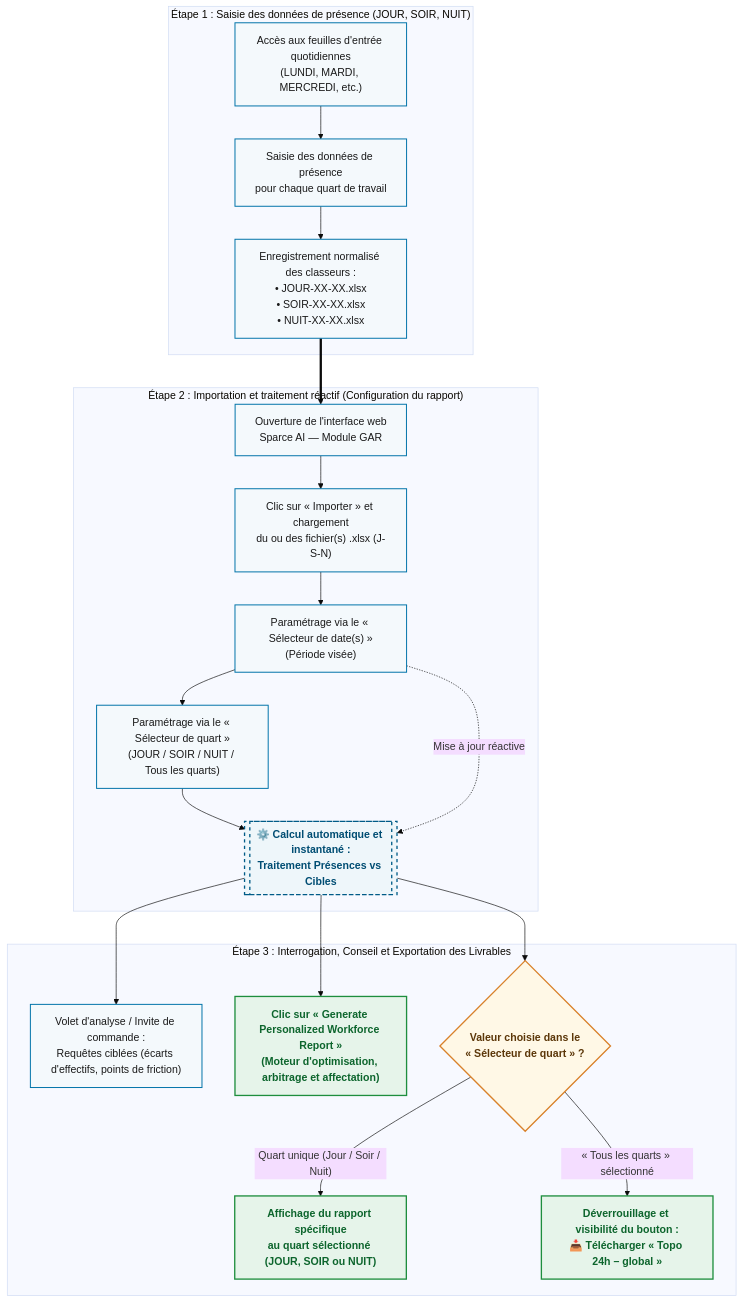
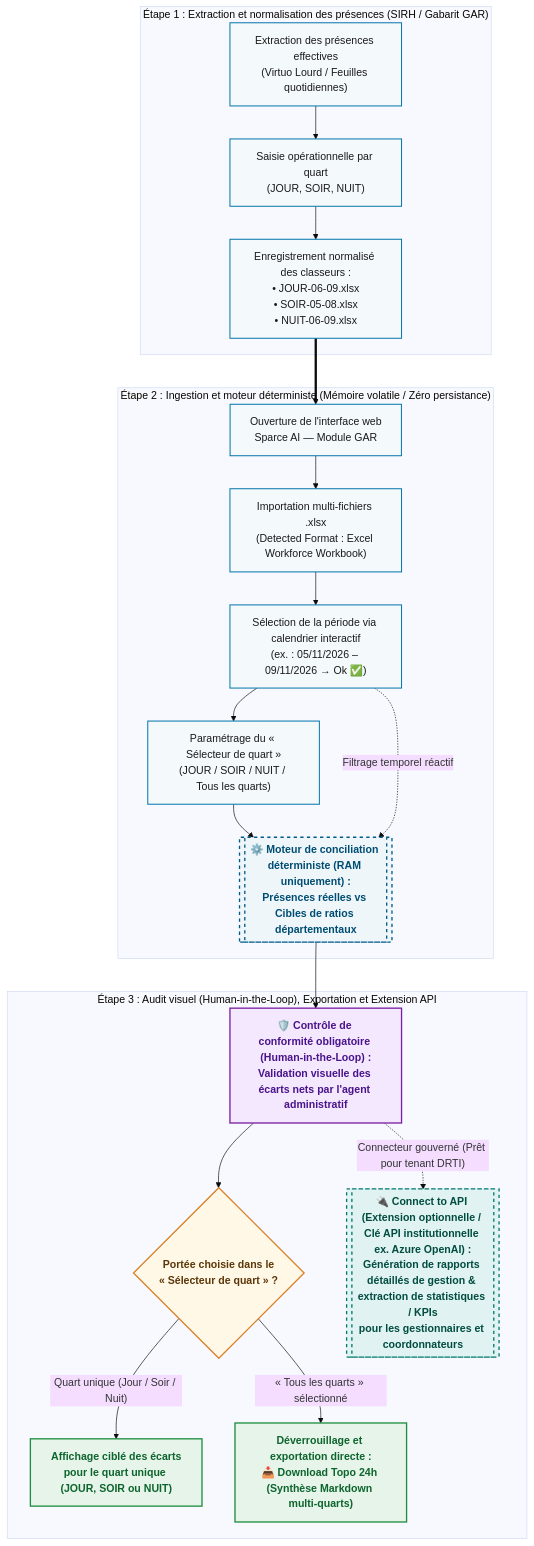
One commit to tmayrand96/Sparce changed the diagram in README.md. Above: the diagram before and after it, drawn with Mermaid (base theme).

Commit message:
Update flowcharts and steps in README

````diff
--- a/README.md
+++ b/README.md
@@ -18,43 +18,44 @@
 ```mermaid
 flowchart TD
     %% Styles exécutifs (#0073A9 charte Sparce AI)
     classDef phase fill:#0073A9,stroke:#004d73,stroke-width:2px,color:#ffffff,font-weight:bold;
     classDef step fill:#f4f9fc,stroke:#0073A9,stroke-width:1.5px,color:#1a1a1a;
     classDef engine fill:#eef6fa,stroke:#005b87,stroke-width:2px,stroke-dasharray: 5 5,color:#004d73,font-weight:bold;
     classDef condition fill:#fff8e6,stroke:#d9822b,stroke-width:2px,color:#5c3709,font-weight:bold;
+    classDef governance fill:#f3e8fd,stroke:#7b1fa2,stroke-width:2px,color:#4a148c,font-weight:bold;
     classDef output fill:#e6f4ea,stroke:#1e8e3e,stroke-width:2px,color:#0d652d,font-weight:bold;
+    classDef api fill:#e0f2f1,stroke:#00796b,stroke-width:2px,stroke-dasharray: 5 5,color:#004d40,font-weight:bold;
 
-    subgraph P1 ["Étape 1 : Saisie des données de présence (JOUR, SOIR, NUIT)"]
-        A["Accès aux feuilles d'entrée quotidiennes<br/>(LUNDI, MARDI, MERCREDI, etc.)"]:::step
-        B["Saisie des données de présence<br/>pour chaque quart de travail"]:::step
-        C["Enregistrement normalisé des classeurs :<br/>• JOUR-XX-XX.xlsx<br/>• SOIR-XX-XX.xlsx<br/>• NUIT-XX-XX.xlsx"]:::step
+    subgraph P1 ["Étape 1 : Extraction et normalisation des présences (SIRH / Gabarit GAR)"]
+        A["Extraction des présences effectives<br/>(Virtuo Lourd / Feuilles quotidiennes)"]:::step
+        B["Saisie opérationnelle par quart<br/>(JOUR, SOIR, NUIT)"]:::step
+        C["Enregistrement normalisé des classeurs :<br/>• JOUR-06-09.xlsx<br/>• SOIR-05-08.xlsx<br/>• NUIT-06-09.xlsx"]:::step
         A --> B --> C
     end
 
-    subgraph P2 ["Étape 2 : Importation et traitement réactif (Configuration du rapport)"]
+    subgraph P2 ["Étape 2 : Ingestion et moteur déterministe (Mémoire volatile / Zéro persistance)"]
         D["Ouverture de l'interface web<br/>Sparce AI — Module GAR"]:::step
-        E["Clic sur « Importer » et chargement<br/>du ou des fichier(s) .xlsx (J-S-N)"]:::step
-        F["Paramétrage via le « Sélecteur de date(s) »<br/>(Période visée)"]:::step
-        G["Paramétrage via le « Sélecteur de quart »<br/>(JOUR / SOIR / NUIT / Tous les quarts)"]:::step
-        H[["⚙️ Calcul automatique et instantané :<br/>Traitement Présences vs Cibles"]]:::engine
+        E["Importation multi-fichiers .xlsx<br/>(Detected Format : Excel Workforce Workbook)"]:::step
+        F["Sélection de la période via calendrier interactif<br/>(ex. : 05/11/2026 – 09/11/2026 → Ok ✅)"]:::step
+        G["Paramétrage du « Sélecteur de quart »<br/>(JOUR / SOIR / NUIT / Tous les quarts)"]:::step
+        H[["⚙️ Moteur de conciliation déterministe (RAM uniquement) :<br/>Présences réelles vs Cibles de ratios départementaux"]]:::engine
         
         D --> E --> F --> G --> H
-        F -.->|Mise à jour réactive| H
+        F -.->|Filtrage temporel réactif| H
     end
 
-    subgraph P3 ["Étape 3 : Interrogation, Conseil et Exportation des Livrables"]
-        I["Volet d'analyse / Invite de commande :<br/>Requêtes ciblées (écarts d'effectifs, points de friction)"]:::step
-        J["Clic sur « Generate Personalized Workforce Report »<br/>(Moteur d'optimisation, arbitrage et affectation)"]:::output
-        K{"Valeur choisie dans le<br/>« Sélecteur de quart » ?"}:::condition
-        L["Affichage du rapport spécifique<br/>au quart sélectionné (JOUR, SOIR ou NUIT)"]:::output
-        M["Déverrouillage et visibilité du bouton :<br/>📥 Télécharger « Topo 24h – global »"]:::output
+    subgraph P3 ["Étape 3 : Audit visuel (Human-in-the-Loop), Exportation et Extension API"]
+        I["🛡️ Contrôle de conformité obligatoire (Human-in-the-Loop) :<br/>Validation visuelle des écarts nets par l'agent administratif"]:::governance
+        J{"Portée choisie dans le<br/>« Sélecteur de quart » ?"}:::condition
+        K["Affichage ciblé des écarts<br/>pour le quart unique (JOUR, SOIR ou NUIT)"]:::output
+        L["Déverrouillage et exportation directe :<br/>📥 Download Topo 24h (Synthèse Markdown multi-quarts)"]:::output
+        M[["🔌 Connect to API (Extension optionnelle / Clé API institutionnelle ex. Azure OpenAI) :<br/>Génération de rapports détaillés de gestion & extraction de statistiques / KPIs<br/>pour les gestionnaires et coordonnateurs"]]:::api
 
-        H --> I
-        H --> J
-        H --> K
-        K -- "Quart unique (Jour / Soir / Nuit)" --> L
-        K -- "« Tous les quarts » sélectionné" --> M
+        H --> I --> J
+        J -- "Quart unique (Jour / Soir / Nuit)" --> K
+        J -- "« Tous les quarts » sélectionné" --> L
+        I -. "Connecteur gouverné (Prêt pour tenant DRTI)" .-> M
     end
 
     C ==> D
 ```
````
